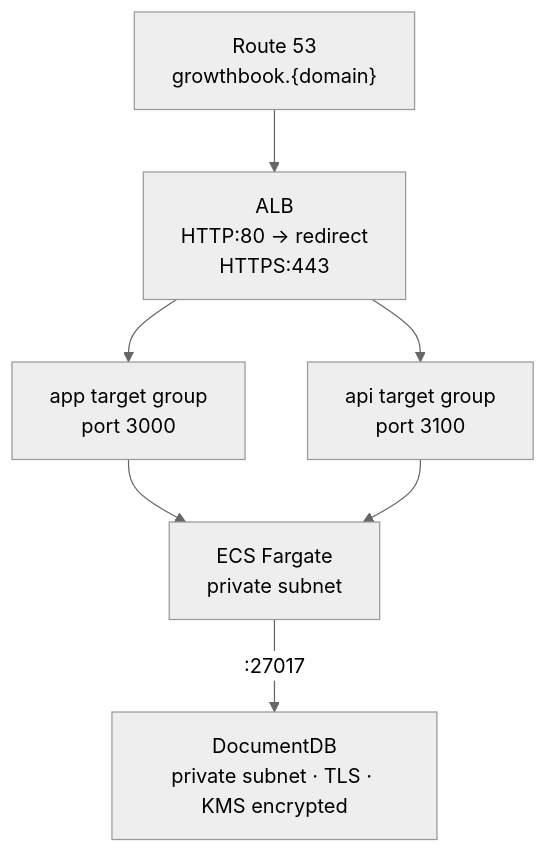
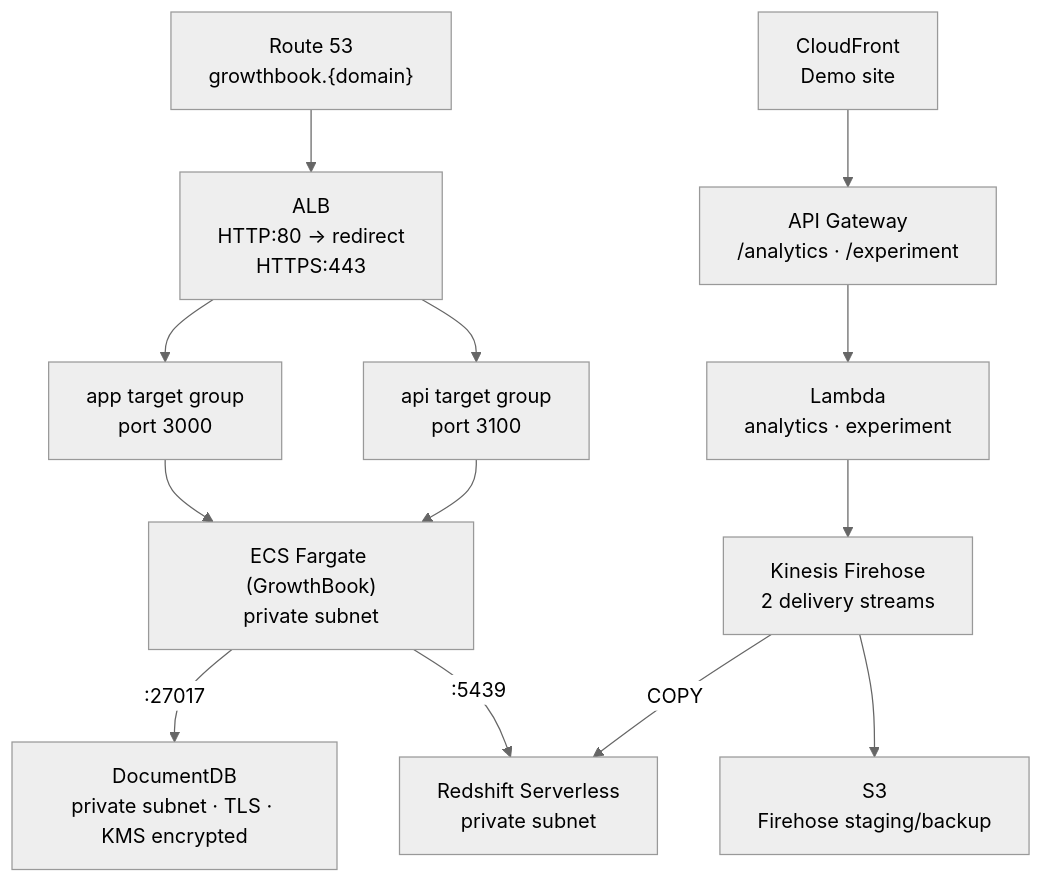
The diagram in README.md (nicholasgriffintn/aws-growthbook-streaming), drawn with Mermaid (neutral theme) before and after one commit. The commit also changed other lines of this file and 17 other files, not shown here.

````diff
--- a/README.md
+++ b/README.md
@@ -19,16 +19,29 @@
 ```mermaid
 graph TD
     R53["Route 53\ngrowthbook.{domain}"]
     ALB["ALB\nHTTP:80 → redirect\nHTTPS:443"]
     APP["app target group\nport 3000"]
     API["api target group\nport 3100"]
-    ECS["ECS Fargate\nprivate subnet"]
+    ECS["ECS Fargate (GrowthBook)\nprivate subnet"]
     DDB["DocumentDB\nprivate subnet · TLS · KMS encrypted"]
+    CF["CloudFront\nDemo site"]
+    APIGW["API Gateway\n/analytics · /experiment"]
+    LMB["Lambda\nanalytics · experiment"]
+    FH["Kinesis Firehose\n2 delivery streams"]
+    RS["Redshift Serverless\nprivate subnet"]
+    S3["S3\nFirehose staging/backup"]
 
     R53 --> ALB
     ALB --> APP
     ALB --> API
     APP --> ECS
     API --> ECS
     ECS -->|":27017"| DDB
+    ECS -->|":5439"| RS
+
+    CF --> APIGW
+    APIGW --> LMB
+    LMB --> FH
+    FH --> S3
+    FH -->|"COPY"| RS
 ```
````
